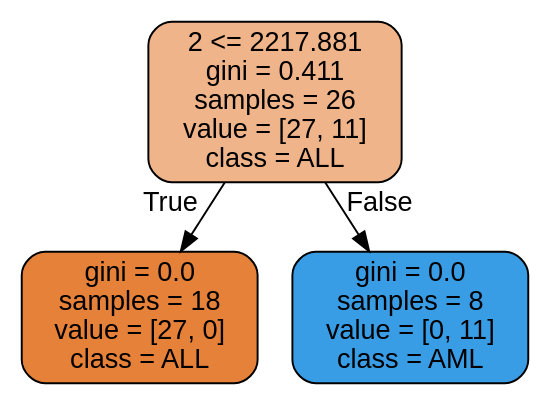
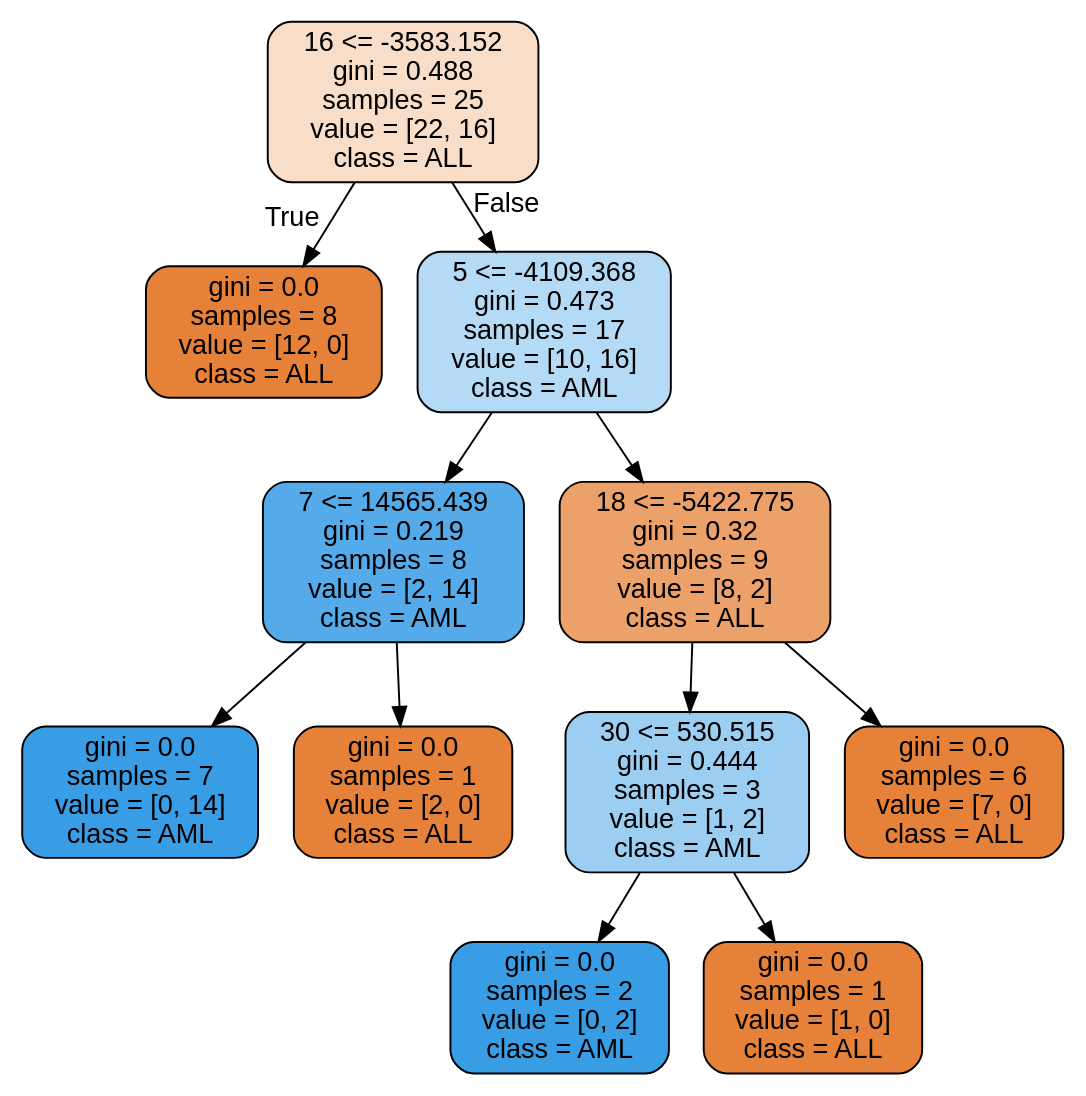
One commit to CornelisseMichael/Datamining changed the diagram in project/images/random_forest.dot. Above: the diagram before and after it, drawn with Graphviz. The commit also changed 7 other files, not shown here.

```diff
--- a/project/images/random_forest.dot
+++ b/project/images/random_forest.dot
@@ -1,9 +1,25 @@
 digraph Tree {
 node [shape=box, style="filled, rounded", color="black", fontname=helvetica] ;
 edge [fontname=helvetica] ;
-0 [label="2 <= 2217.881\ngini = 0.411\nsamples = 26\nvalue = [27, 11]\nclass = ALL", fillcolor="#f0b48a"] ;
-1 [label="gini = 0.0\nsamples = 18\nvalue = [27, 0]\nclass = ALL", fillcolor="#e58139"] ;
+0 [label="16 <= -3583.152\ngini = 0.488\nsamples = 25\nvalue = [22, 16]\nclass = ALL", fillcolor="#f8ddc9"] ;
+1 [label="gini = 0.0\nsamples = 8\nvalue = [12, 0]\nclass = ALL", fillcolor="#e58139"] ;
 0 -> 1 [labeldistance=2.5, labelangle=45, headlabel="True"] ;
-2 [label="gini = 0.0\nsamples = 8\nvalue = [0, 11]\nclass = AML", fillcolor="#399de5"] ;
+2 [label="5 <= -4109.368\ngini = 0.473\nsamples = 17\nvalue = [10, 16]\nclass = AML", fillcolor="#b5daf5"] ;
 0 -> 2 [labeldistance=2.5, labelangle=-45, headlabel="False"] ;
+3 [label="7 <= 14565.439\ngini = 0.219\nsamples = 8\nvalue = [2, 14]\nclass = AML", fillcolor="#55abe9"] ;
+2 -> 3 ;
+4 [label="gini = 0.0\nsamples = 7\nvalue = [0, 14]\nclass = AML", fillcolor="#399de5"] ;
+3 -> 4 ;
+5 [label="gini = 0.0\nsamples = 1\nvalue = [2, 0]\nclass = ALL", fillcolor="#e58139"] ;
+3 -> 5 ;
+6 [label="18 <= -5422.775\ngini = 0.32\nsamples = 9\nvalue = [8, 2]\nclass = ALL", fillcolor="#eca06a"] ;
+2 -> 6 ;
+7 [label="30 <= 530.515\ngini = 0.444\nsamples = 3\nvalue = [1, 2]\nclass = AML", fillcolor="#9ccef2"] ;
+6 -> 7 ;
+8 [label="gini = 0.0\nsamples = 2\nvalue = [0, 2]\nclass = AML", fillcolor="#399de5"] ;
+7 -> 8 ;
+9 [label="gini = 0.0\nsamples = 1\nvalue = [1, 0]\nclass = ALL", fillcolor="#e58139"] ;
+7 -> 9 ;
+10 [label="gini = 0.0\nsamples = 6\nvalue = [7, 0]\nclass = ALL", fillcolor="#e58139"] ;
+6 -> 10 ;
 }
```
